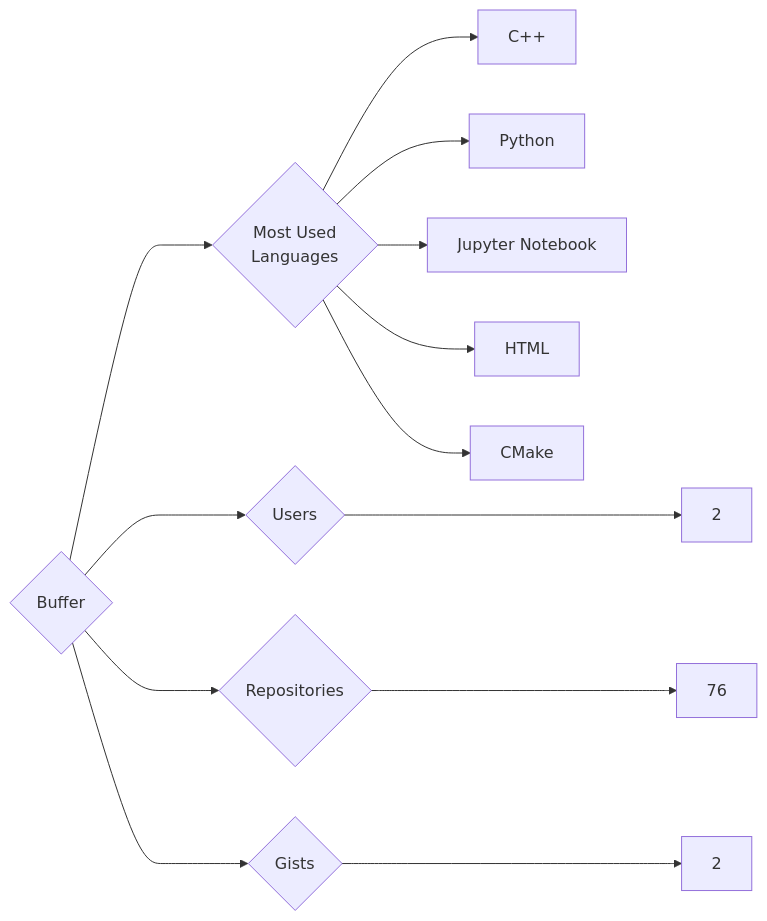
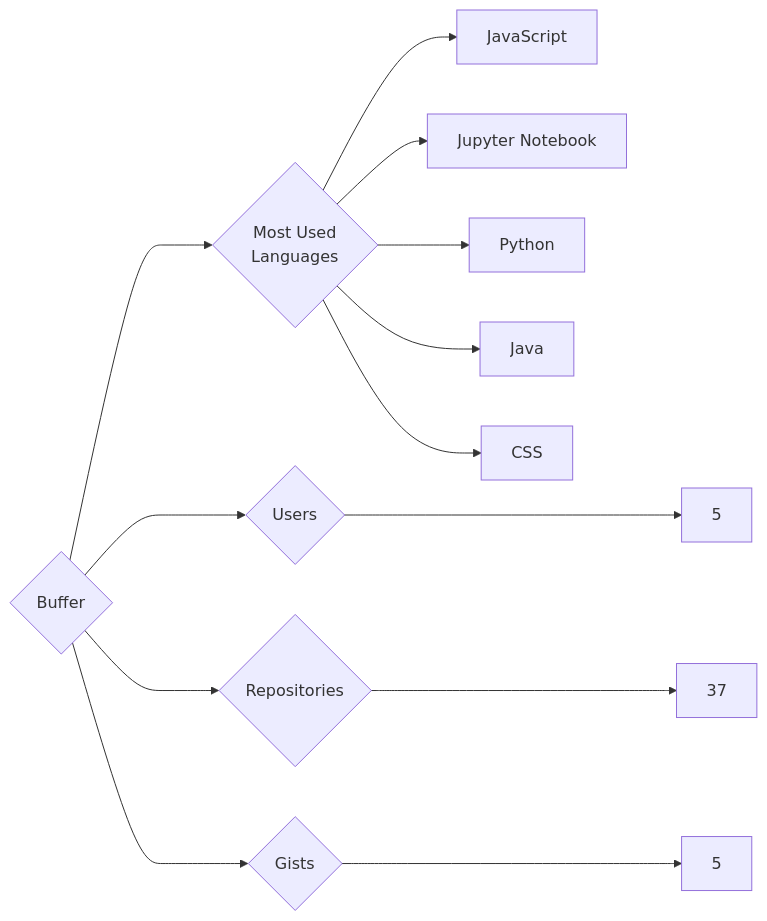
One commit to trickest/insiders changed the diagram in targets/Buffer/README.md. Above: the diagram before and after it, drawn with Mermaid. The commit also changed 934 other files, not shown here.

````diff
--- a/targets/Buffer/README.md
+++ b/targets/Buffer/README.md
@@ -3,13 +3,13 @@
 ```mermaid
 graph LR
 COMPANY_NAME{Buffer}
-COMPANY_NAME ---> U{Users} ---> UN[2]
-COMPANY_NAME ---> R{Repositories} ---> RN[76]
-COMPANY_NAME ---> G{Gists} ---> GN[2]
+COMPANY_NAME ---> U{Users} ---> UN[5]
+COMPANY_NAME ---> R{Repositories} ---> RN[37]
+COMPANY_NAME ---> G{Gists} ---> GN[5]
 COMPANY_NAME ---> ML{Most Used<br>Languages}
-ML --> C++[C++]
+ML --> JavaScript[JavaScript]
+ML --> Jupyter_Notebook[Jupyter Notebook]
 ML --> Python[Python]
-ML --> Jupyter_Notebook[Jupyter Notebook]
-ML --> HTML[HTML]
-ML --> CMake[CMake]
+ML --> Java[Java]
+ML --> CSS[CSS]
 ```
````
